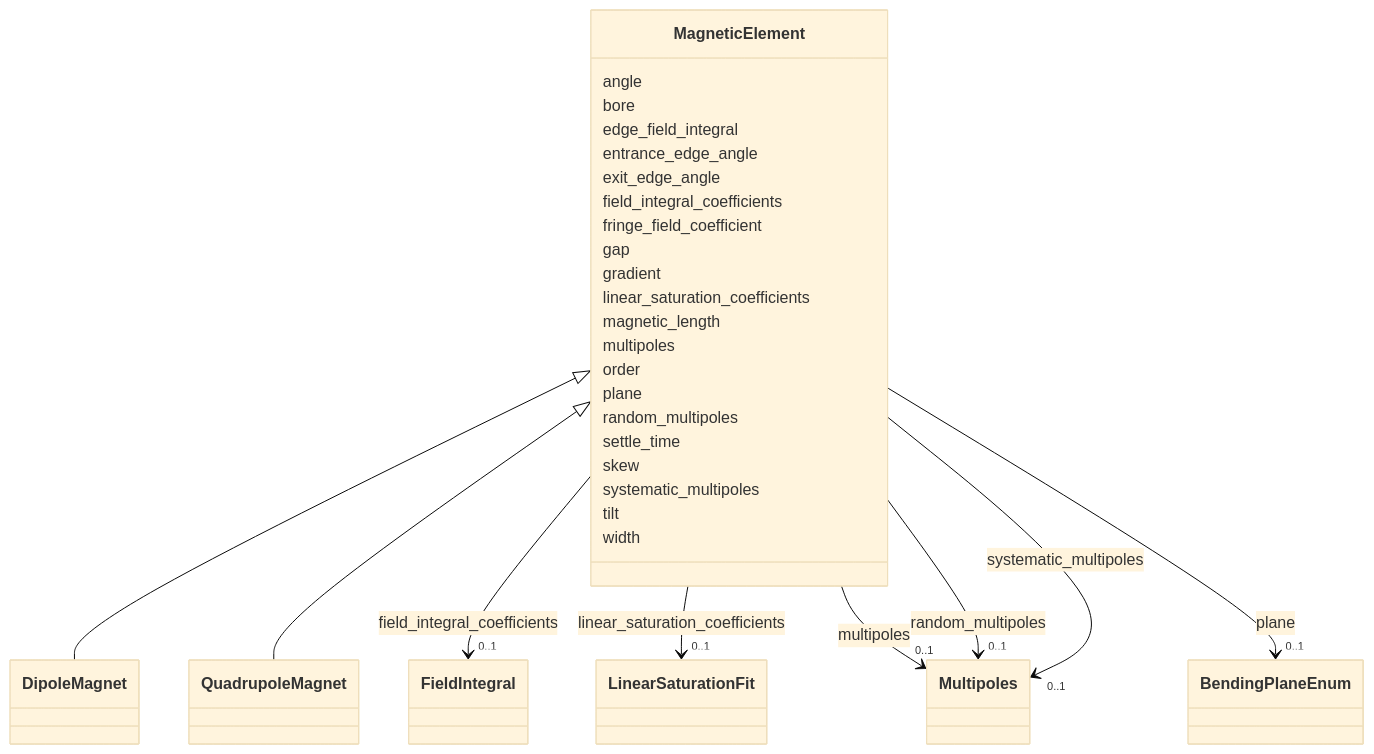
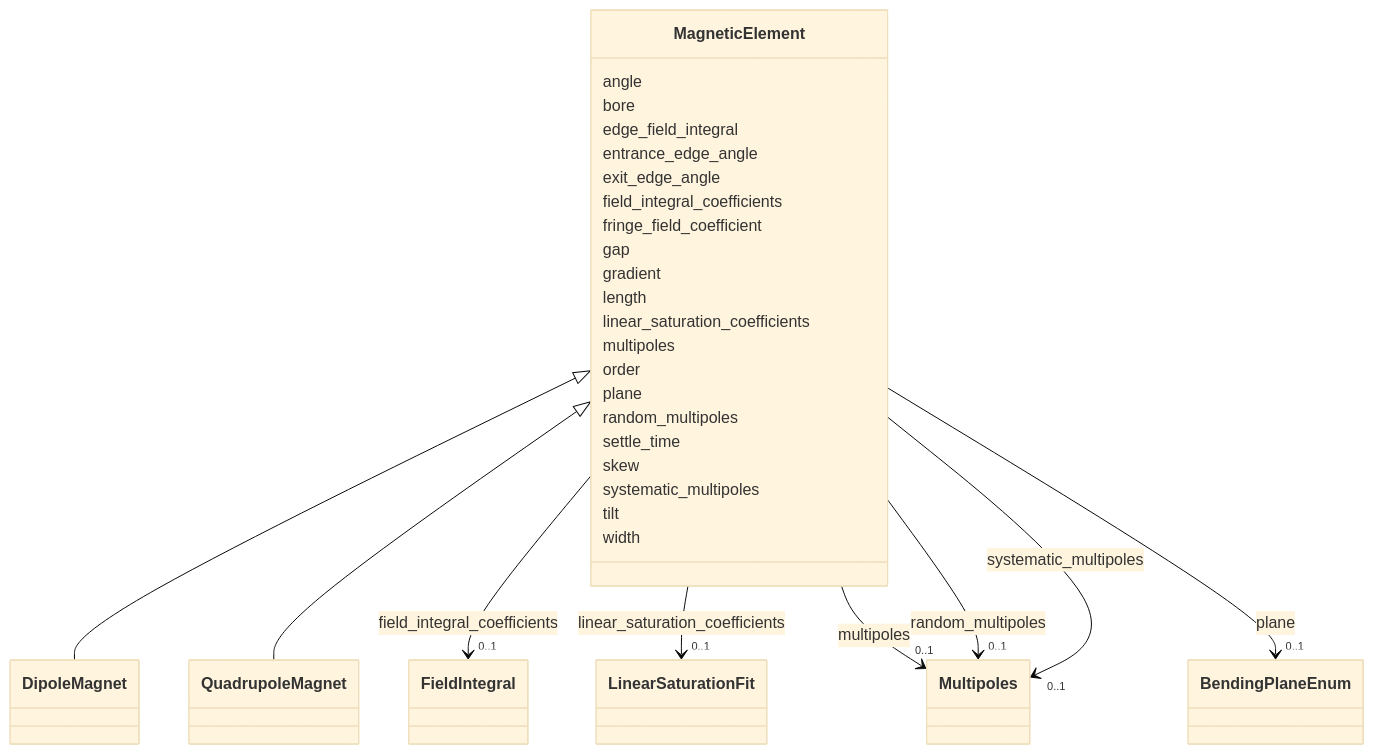
The diagram in docs/source/schema/MagneticElement.md (astec-stfc/laura), drawn with Mermaid (base theme) before and after one commit. The commit also changed other lines of this file and 47 other files, not shown here.

First line of the commit message:
Make functional parameters a schema concept; complete PR #4 merge

```diff
--- a/docs/source/schema/MagneticElement.md
+++ b/docs/source/schema/MagneticElement.md
@@ -56,6 +56,8 @@
         
       MagneticElement : gradient
         
+      MagneticElement : length
+        
       MagneticElement : linear_saturation_coefficients
         
           
@@ -66,8 +68,6 @@
         click LinearSaturationFit href "../LinearSaturationFit/"
     
 
-        
-      MagneticElement : magnetic_length
         
       MagneticElement : multipoles
         
```
